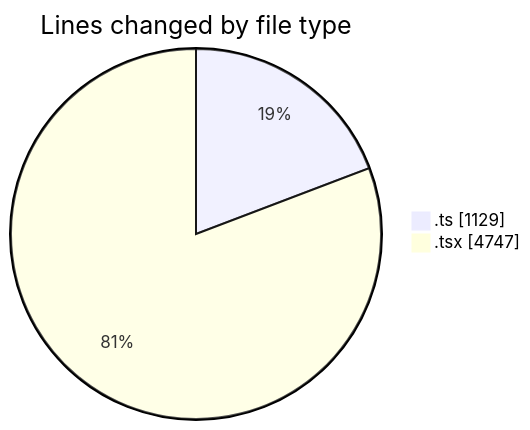
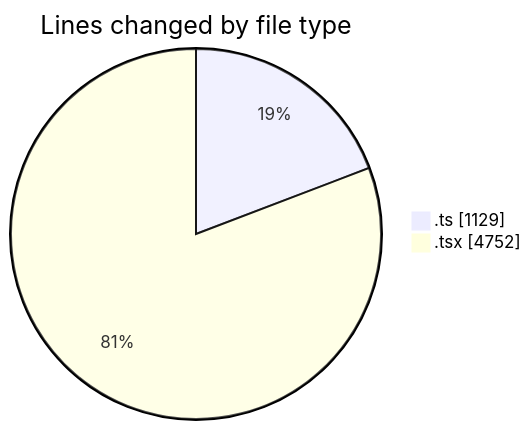
One commit to momahboobian/code-tracking changed the first of 2 diagrams in 2025-09-02/cda/README.md. Above: the diagram before and after it, drawn with Mermaid. The commit also changed other lines of this file and 1 other file, not shown here.

````diff
--- a/2025-09-02/cda/README.md
+++ b/2025-09-02/cda/README.md
@@ -30,6 +30,6 @@
 ```mermaid
 pie showData
 title Lines changed by file type
 ".ts" : 1129
-".tsx" : 4747
+".tsx" : 4752
 ```
````
